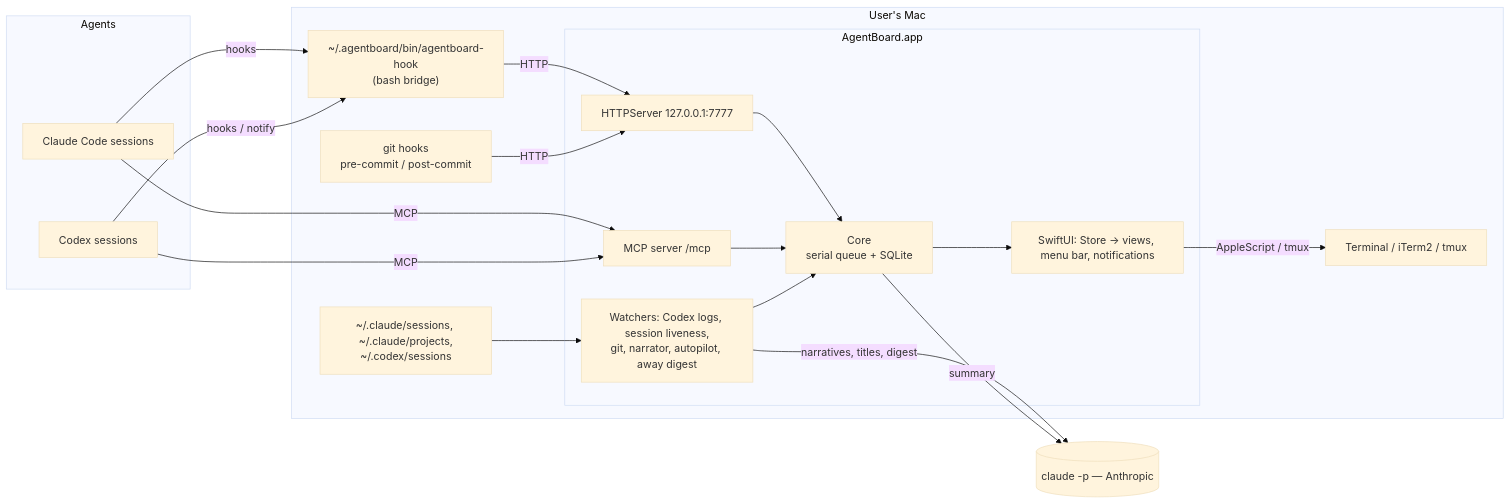
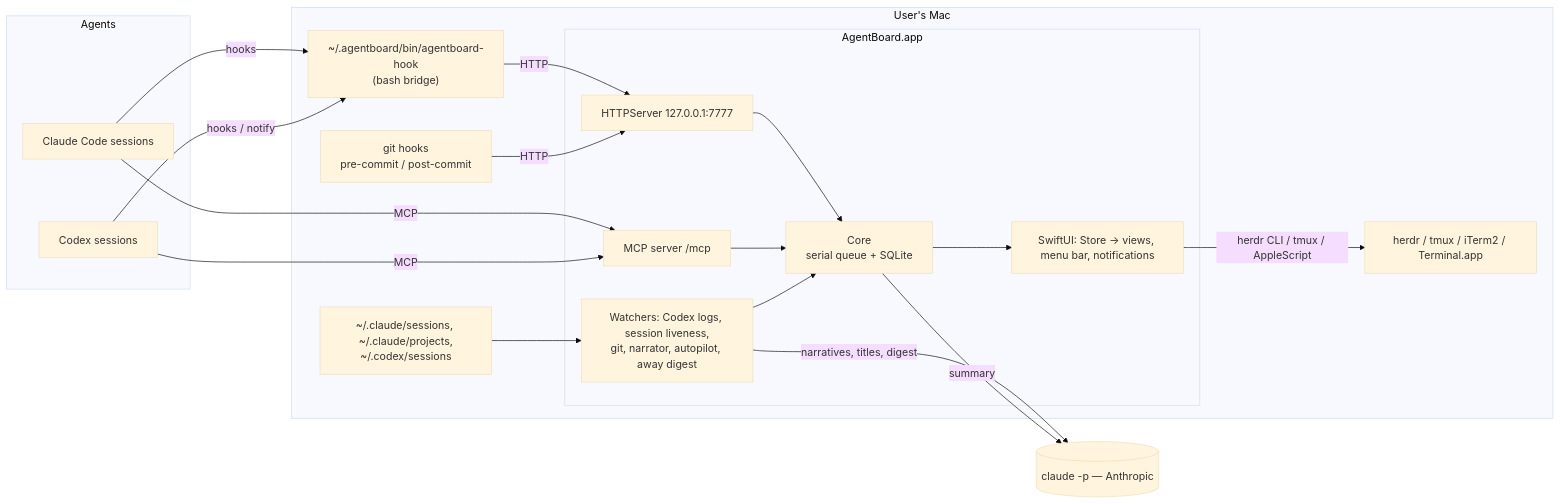
One commit to Malashkin/agentboard changed the diagram in docs/architecture/overview.md. Above: the diagram before and after it, drawn with Mermaid (base theme). The commit also changed 7 other files, not shown here.

````diff
--- a/docs/architecture/overview.md
+++ b/docs/architecture/overview.md
@@ -13,36 +13,36 @@
 ```mermaid
 flowchart LR
   subgraph Agents
     CC[Claude Code sessions]
     CX[Codex sessions]
   end
   subgraph Mac[User's Mac]
     BR["~/.agentboard/bin/agentboard-hook<br/>(bash bridge)"]
     GH["git hooks<br/>pre-commit / post-commit"]
     subgraph App[AgentBoard.app]
       HTTP[HTTPServer 127.0.0.1:7777]
       CORE[Core<br/>serial queue + SQLite]
       MCP[MCP server /mcp]
       W[Watchers: Codex logs, session liveness,<br/>git, narrator, autopilot, away digest]
       UI[SwiftUI: Store → views, menu bar, notifications]
     end
     FS["~/.claude/sessions, ~/.claude/projects,<br/>~/.codex/sessions"]
-    T[Terminal / iTerm2 / tmux]
+    T[herdr / tmux / iTerm2 / Terminal.app]
   end
   LLM[(claude -p — Anthropic)]
 
   CC -- hooks --> BR
   CX -- hooks / notify --> BR
   BR -- HTTP --> HTTP
   GH -- HTTP --> HTTP
   CC -- MCP --> MCP
   CX -- MCP --> MCP
   HTTP --> CORE
   MCP --> CORE
   W --> CORE
   FS --> W
   CORE --> UI
-  UI -- AppleScript / tmux --> T
+  UI -- herdr CLI / tmux / AppleScript --> T
   W -- narratives, titles, digest --> LLM
   CORE -- summary --> LLM
 ```
````
